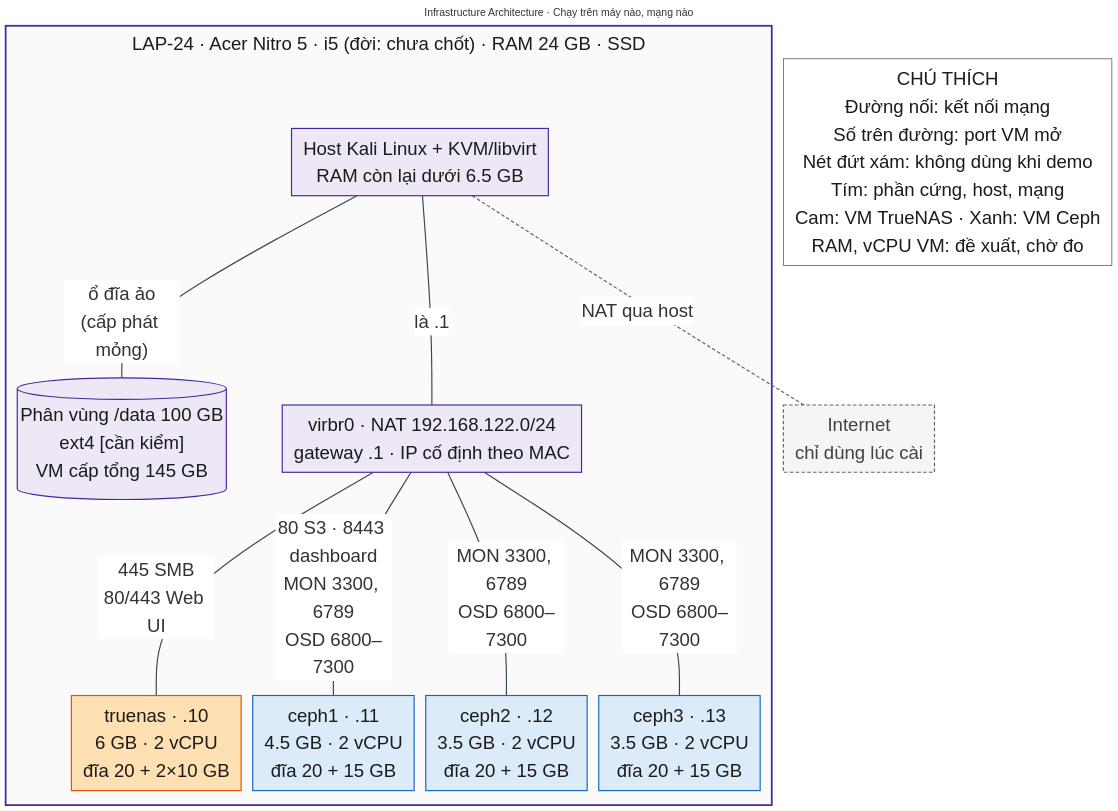
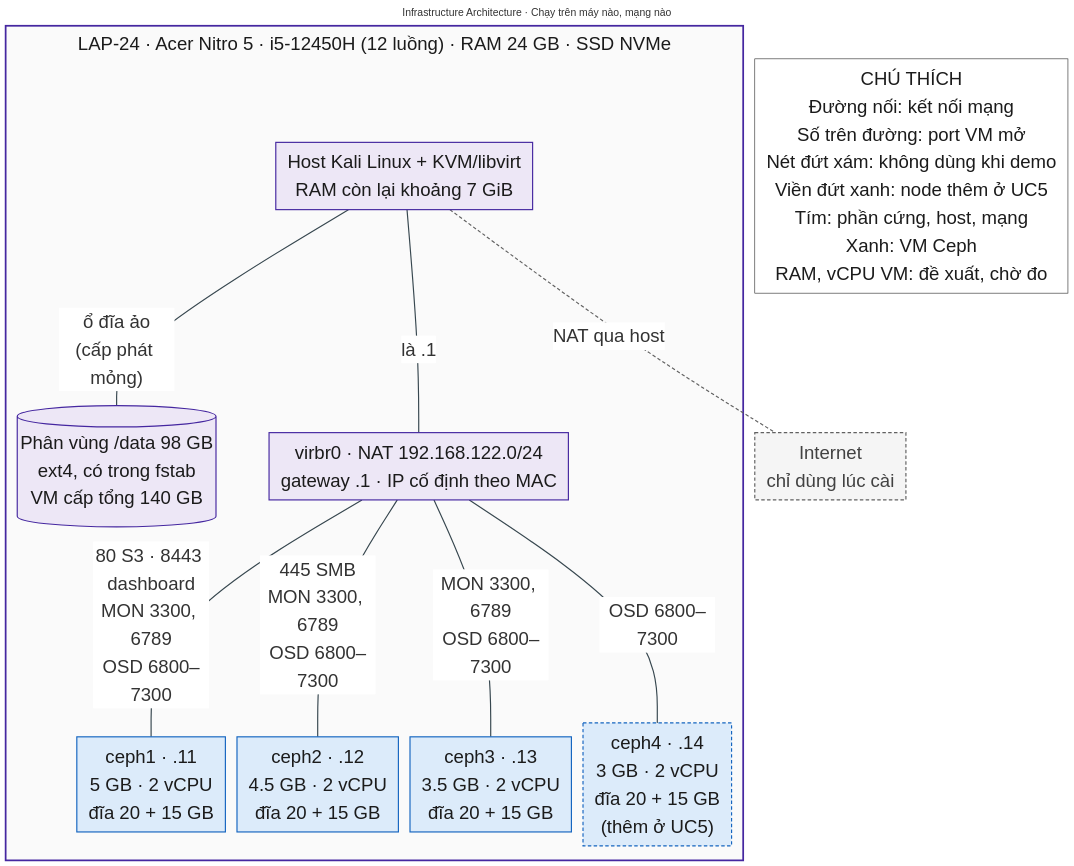
One commit to HDungg925/Project changed the diagram in NT132-P2-kien-truc/slide09-infrastructure.mmd. Above: the diagram before and after it, drawn with Mermaid. The commit also changed 11 other files, not shown here.

Commit message:
Bo TrueNAS

```diff
--- a/NT132-P2-kien-truc/slide09-infrastructure.mmd
+++ b/NT132-P2-kien-truc/slide09-infrastructure.mmd
@@ -1,46 +1,53 @@
 ---
 title: "Infrastructure Architecture · Chạy trên máy nào, mạng nào"
+config:
+  layout: dagre
+  theme: base
+  themeVariables: {"fontSize": "32px", "fontFamily": "Arial, Helvetica, sans-serif", "lineColor": "#37474F", "edgeLabelBackground": "#FFFFFF"}
+  themeCSS: ".flowchartTitleText { font-size: 42px; font-weight: bold; } .edgeLabel div { max-width: none !important; white-space: nowrap !important; }"
+  flowchart: {"curve": "basis", "wrappingWidth": 650, "nodeSpacing": 20, "rankSpacing": 50, "padding": 10, "subGraphTitleMargin": {"top": 6, "bottom": 26}}
 ---
-%%{init: {"theme": "base", "themeVariables": {"fontSize": "32px", "fontFamily": "Arial, Helvetica, sans-serif", "lineColor": "#37474F", "edgeLabelBackground": "#FFFFFF"}, "themeCSS": ".flowchartTitleText { font-size: 42px; font-weight: bold; } .edgeLabel div { max-width: none !important; white-space: nowrap !important; }", "flowchart": {"curve": "basis", "wrappingWidth": 650, "nodeSpacing": 20, "rankSpacing": 50, "padding": 10, "subGraphTitleMargin": {"top": 6, "bottom": 26}}}}%%
 flowchart TB
-    %% ===== BẢNG MÀU CHUNG (giữ nguyên như slide 6-8) =====
+    %% ===== BẢNG MÀU CHUNG v3 (giữ nguyên như slide 6-8) =====
     classDef client  fill:#E8F5E9,stroke:#2E7D32,stroke-width:2px,color:#1B1B1B
-    classDef truenas fill:#FFE0B2,stroke:#E65100,stroke-width:2px,color:#1B1B1B
+    classDef gateway fill:#FFE0B2,stroke:#E65100,stroke-width:2px,color:#1B1B1B
     classDef ceph    fill:#DCEBFA,stroke:#1565C0,stroke-width:2px,color:#1B1B1B
     classDef infra   fill:#EDE7F6,stroke:#4527A0,stroke-width:2px,color:#1B1B1B
     classDef should  fill:#F5F5F5,stroke:#616161,stroke-width:2px,stroke-dasharray:6 4,color:#424242
     classDef note    fill:#FFFFFF,stroke:#212121,stroke-width:1px,color:#1B1B1B
+    %% Riêng slide 9-10: node Ceph chỉ tham gia cụm ở UC5 (ceph4) = nền xanh, viền đứt
+    classDef later   fill:#DCEBFA,stroke:#1565C0,stroke-width:2px,stroke-dasharray:6 4,color:#1B1B1B
 
     INET["Internet<br/>chỉ dùng lúc cài"]
 
-    subgraph LAP["LAP-24 · Acer Nitro 5 · i5 (đời: chưa chốt) · RAM 24 GB · SSD"]
-        HOST["Host Kali Linux + KVM/libvirt<br/>RAM còn lại dưới 6.5 GB"]
-        DATA[("Phân vùng /data 100 GB<br/>ext4 [cần kiểm]<br/>VM cấp tổng 145 GB")]
+    subgraph LAP["LAP-24 · Acer Nitro 5 · i5-12450H (12 luồng) · RAM 24 GB · SSD NVMe"]
+        HOST["Host Kali Linux + KVM/libvirt<br/>RAM còn lại khoảng 7 GiB"]
+        DATA[("Phân vùng /data 98 GB<br/>ext4, có trong fstab<br/>VM cấp tổng 140 GB")]
         NET["virbr0 · NAT 192.168.122.0/24<br/>gateway .1 · IP cố định theo MAC"]
-        VM_TN["truenas · .10<br/>6 GB · 2 vCPU<br/>đĩa 20 + 2×10 GB"]
-        VM_C1["ceph1 · .11<br/>4.5 GB · 2 vCPU<br/>đĩa 20 + 15 GB"]
-        VM_C2["ceph2 · .12<br/>3.5 GB · 2 vCPU<br/>đĩa 20 + 15 GB"]
+        VM_C1["ceph1 · .11<br/>5 GB · 2 vCPU<br/>đĩa 20 + 15 GB"]
+        VM_C2["ceph2 · .12<br/>4.5 GB · 2 vCPU<br/>đĩa 20 + 15 GB"]
         VM_C3["ceph3 · .13<br/>3.5 GB · 2 vCPU<br/>đĩa 20 + 15 GB"]
+        VM_C4["ceph4 · .14<br/>3 GB · 2 vCPU<br/>đĩa 20 + 15 GB<br/>(thêm ở UC5)"]
     end
 
-    LEG["CHÚ THÍCH<br/>Đường nối: kết nối mạng<br/>Số trên đường: port VM mở<br/>Nét đứt xám: không dùng khi demo<br/>Tím: phần cứng, host, mạng<br/>Cam: VM TrueNAS · Xanh: VM Ceph<br/>RAM, vCPU VM: đề xuất, chờ đo"]
+    LEG["CHÚ THÍCH<br/>Đường nối: kết nối mạng<br/>Số trên đường: port VM mở<br/>Nét đứt xám: không dùng khi demo<br/>Viền đứt xanh: node thêm ở UC5<br/>Tím: phần cứng, host, mạng<br/>Xanh: VM Ceph<br/>RAM, vCPU VM: đề xuất, chờ đo"]
 
     %% ===== KẾT NỐI (thứ tự dòng = số trong linkStyle) =====
     %% Viết "HOST --- INET" (không phải INET --- HOST) để Internet nằm cạnh laptop, ảnh không bị cao
     HOST ---|"NAT qua host"| INET
     HOST ---|"ổ đĩa ảo<br/>(cấp phát mỏng)"| DATA
     HOST ---|"là .1"| NET
-    NET ---|"445 SMB<br/>80/443 Web UI"| VM_TN
     NET ---|"80 S3 · 8443 dashboard<br/>MON 3300, 6789<br/>OSD 6800–7300"| VM_C1
-    NET ---|"MON 3300, 6789<br/>OSD 6800–7300"| VM_C2
+    NET ---|"445 SMB<br/>MON 3300, 6789<br/>OSD 6800–7300"| VM_C2
     NET ---|"MON 3300, 6789<br/>OSD 6800–7300"| VM_C3
+    NET ---|"OSD 6800–7300"| VM_C4
 
     linkStyle 0 stroke:#616161,stroke-width:2px,stroke-dasharray:6 4
     linkStyle 1,2,3,4,5,6 stroke:#37474F,stroke-width:2px
 
     class INET should
     class HOST,DATA,NET infra
-    class VM_TN truenas
     class VM_C1,VM_C2,VM_C3 ceph
+    class VM_C4 later
     class LEG note
     style LAP fill:#FAFAFA,stroke:#4527A0,stroke-width:3px,color:#1B1B1B
```
